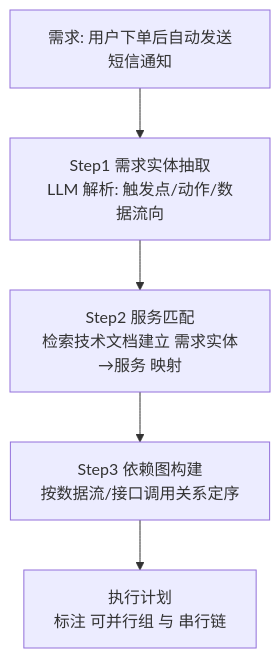
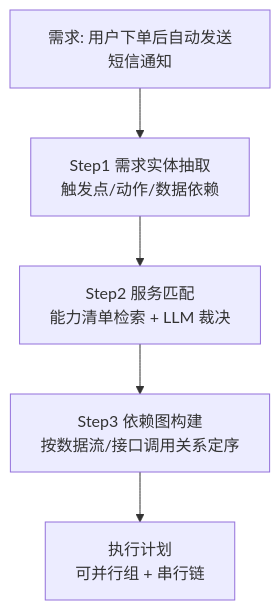
The second of 2 diagrams in 项目说明.md (BingSeChuan/haici-ai-customer-service), drawn with Mermaid before and after one commit. The commit also changed other lines of this file and 11 other files, not shown here.

````diff
--- a/项目说明.md
+++ b/项目说明.md
@@ -102,7 +103,7 @@
 ```mermaid
 flowchart TD
-    A[需求: 用户下单后自动发送短信通知] --> B[Step1 需求实体抽取<br/>LLM 解析: 触发点/动作/数据流向]
-    B --> C[Step2 服务匹配<br/>检索技术文档建立 需求实体→服务 映射]
+    A[需求: 用户下单后自动发送短信通知] --> B[Step1 需求实体抽取<br/>触发点/动作/数据依赖]
+    B --> C[Step2 服务匹配<br/>能力清单检索 + LLM 裁决]
     C --> D[Step3 依赖图构建<br/>按数据流/接口调用关系定序]
-    D --> E[执行计划<br/>标注 可并行组 与 串行链]
+    D --> E[执行计划<br/>可并行组 + 串行链]
 ```
````
